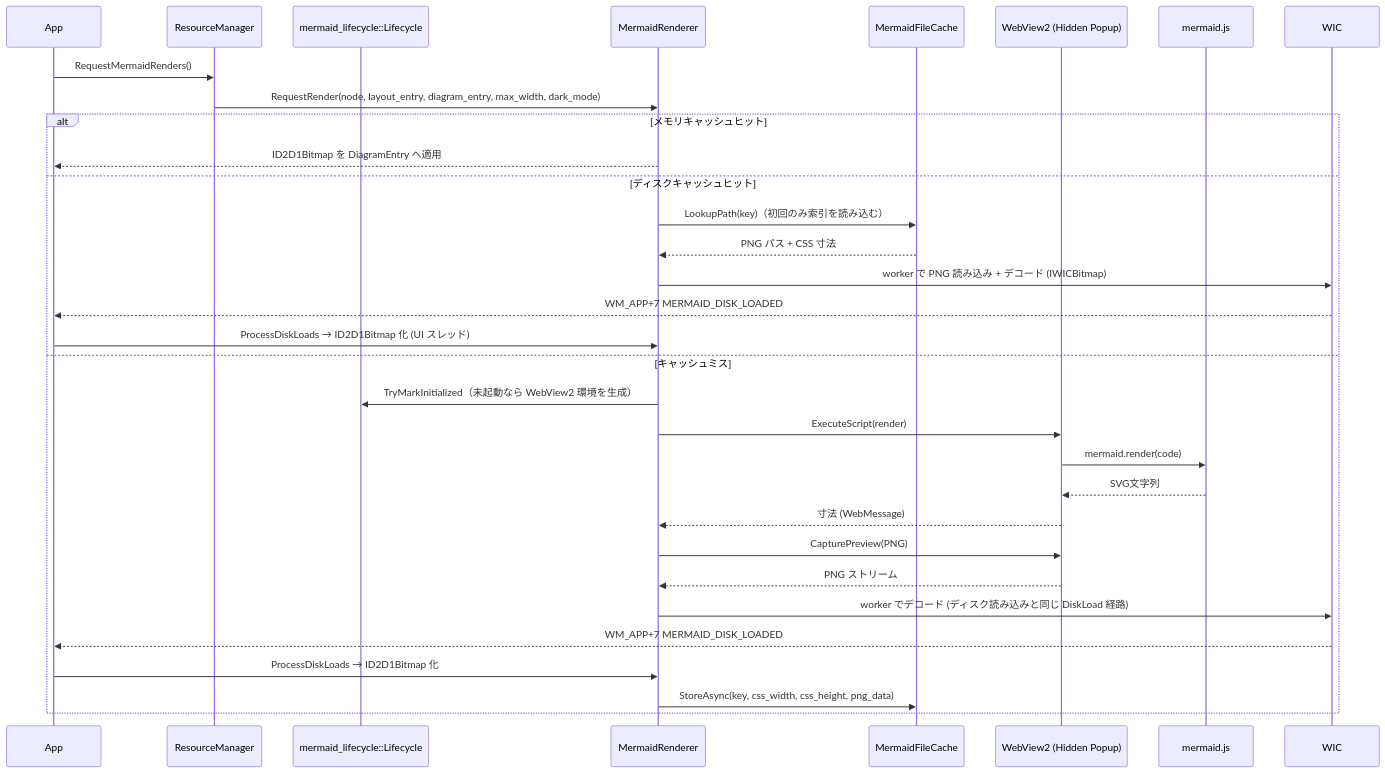
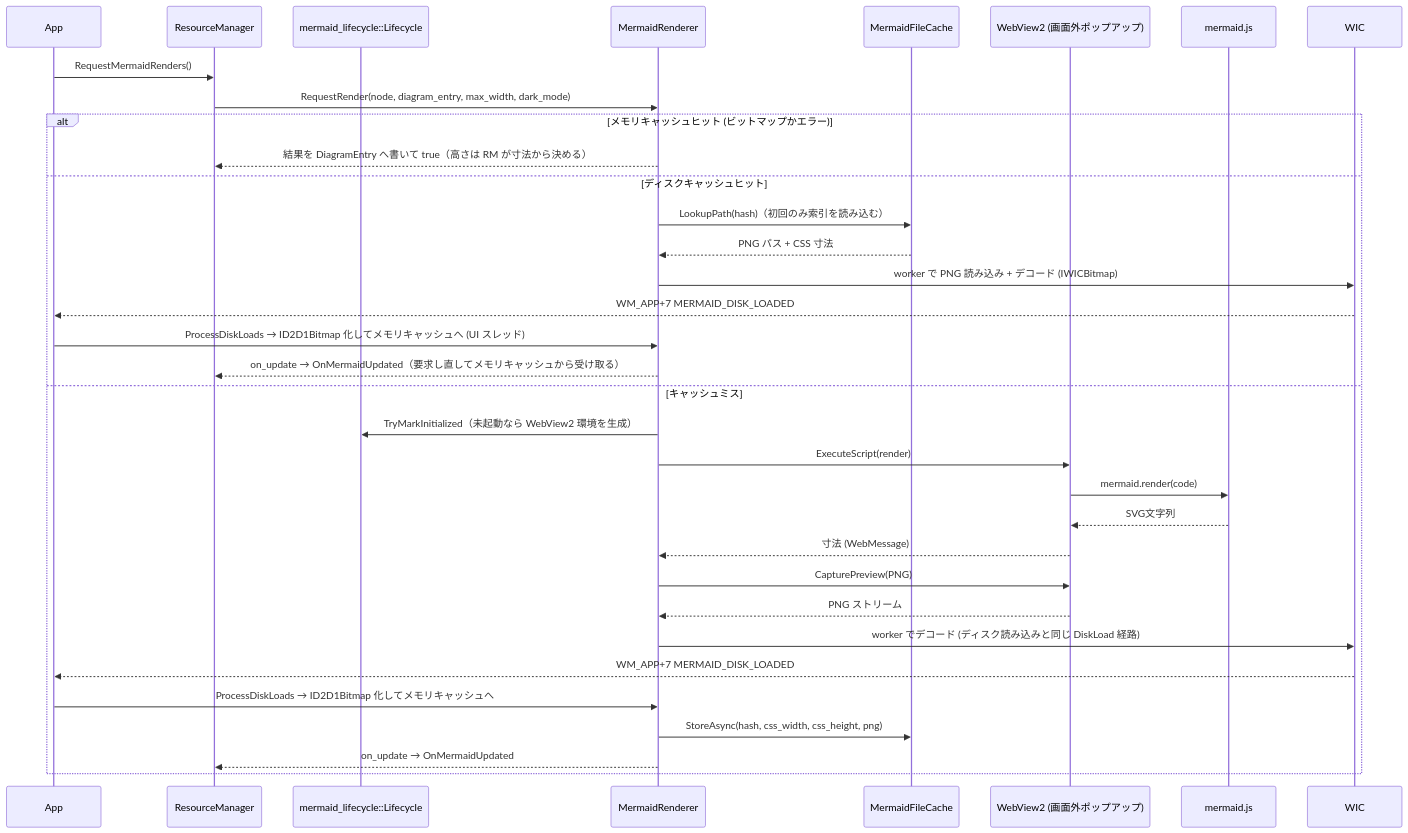
Before and after one commit to tanaton/mendo: diagram 11 of 27 in example/test.md, drawn with Mermaid. The commit also changed other lines of this file and 2 other files, not shown here.

````diff
--- a/example/test.md
+++ b/example/test.md
@@ -1477,35 +1557,37 @@
 ```mermaid
 sequenceDiagram
     participant APP as App
     participant RM as ResourceManager
     participant ML as mermaid_lifecycle::Lifecycle
     participant MR as MermaidRenderer
     participant FC as MermaidFileCache
-    participant WV as WebView2 (Hidden Popup)
+    participant WV as WebView2 (画面外ポップアップ)
     participant JS as mermaid.js
     participant WIC as WIC
 
     APP->>RM: RequestMermaidRenders()
-    RM->>MR: RequestRender(node, layout_entry, diagram_entry, max_width, dark_mode)
-    alt メモリキャッシュヒット
-        MR-->>APP: ID2D1Bitmap を DiagramEntry へ適用
+    RM->>MR: RequestRender(node, diagram_entry, max_width, dark_mode)
+    alt メモリキャッシュヒット (ビットマップかエラー)
+        MR-->>RM: 結果を DiagramEntry へ書いて true（高さは RM が寸法から決める）
     else ディスクキャッシュヒット
-        MR->>FC: LookupPath(key)（初回のみ索引を読み込む）
+        MR->>FC: LookupPath(hash)（初回のみ索引を読み込む）
         FC-->>MR: PNG パス + CSS 寸法
         MR->>WIC: worker で PNG 読み込み + デコード (IWICBitmap)
         WIC-->>APP: WM_APP+7 MERMAID_DISK_LOADED
-        APP->>MR: ProcessDiskLoads → ID2D1Bitmap 化 (UI スレッド)
+        APP->>MR: ProcessDiskLoads → ID2D1Bitmap 化してメモリキャッシュへ (UI スレッド)
+        MR-->>RM: on_update → OnMermaidUpdated（要求し直してメモリキャッシュから受け取る）
     else キャッシュミス
         MR->>ML: TryMarkInitialized（未起動なら WebView2 環境を生成）
         MR->>WV: ExecuteScript(render)
         WV->>JS: mermaid.render(code)
         JS-->>WV: SVG文字列
         WV-->>MR: 寸法 (WebMessage)
         MR->>WV: CapturePreview(PNG)
         WV-->>MR: PNG ストリーム
         MR->>WIC: worker でデコード (ディスク読み込みと同じ DiskLoad 経路)
         WIC-->>APP: WM_APP+7 MERMAID_DISK_LOADED
-        APP->>MR: ProcessDiskLoads → ID2D1Bitmap 化
-        MR->>FC: StoreAsync(key, css_width, css_height, png_data)
+        APP->>MR: ProcessDiskLoads → ID2D1Bitmap 化してメモリキャッシュへ
+        MR->>FC: StoreAsync(hash, css_width, css_height, png)
+        MR-->>RM: on_update → OnMermaidUpdated
     end
 ```
````
